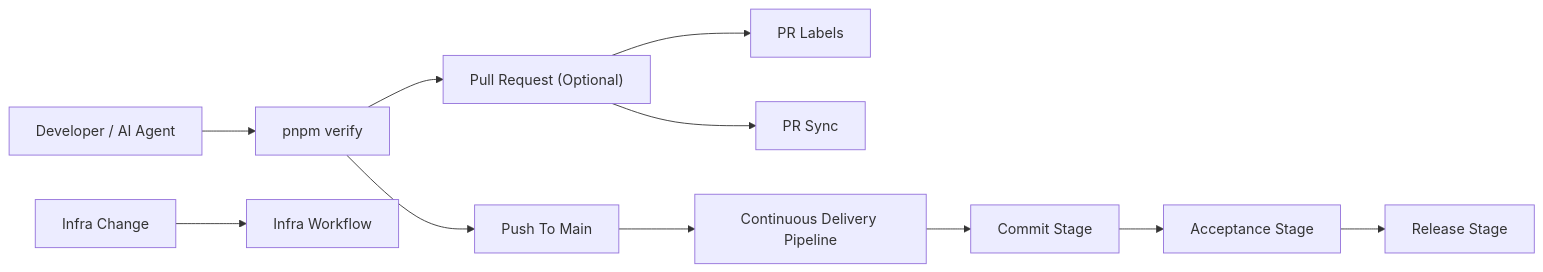
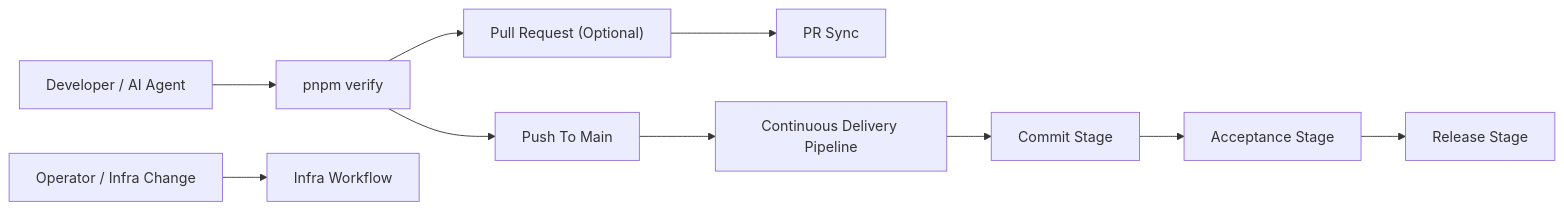
One commit to glcsolutions-ca/compass changed the first of 2 diagrams in platform/pipeline/README.md. Above: the diagram before and after it, drawn with Mermaid. The commit also changed other lines of this file and 42 other files, not shown here.

````diff
--- a/platform/pipeline/README.md
+++ b/platform/pipeline/README.md
@@ -3,15 +3,14 @@
 ```mermaid
 flowchart LR
     DEV["Developer / AI Agent"] --> VERIFY["pnpm verify"]
     VERIFY --> PR["Pull Request (Optional)"]
     VERIFY --> MAIN["Push To Main"]
-    PR --> LABELS["PR Labels"]
     PR --> PRSYNC["PR Sync"]
     MAIN --> CDP["Continuous Delivery Pipeline"]
 
     CDP --> COMMIT["Commit Stage"]
     COMMIT --> ACCEPT["Acceptance Stage"]
     ACCEPT --> RELEASE["Release Stage"]
 
-    INFRA["Infra Change"] --> INFRAWF["Infra Workflow"]
+    INFRA["Operator / Infra Change"] --> INFRAWF["Infra Workflow"]
 ```
````
